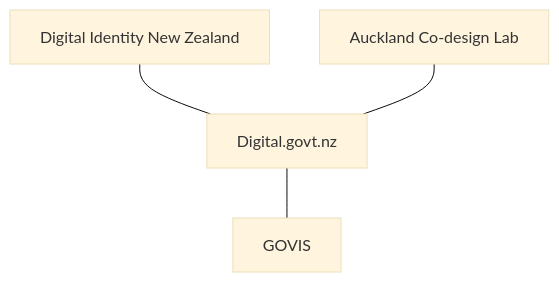
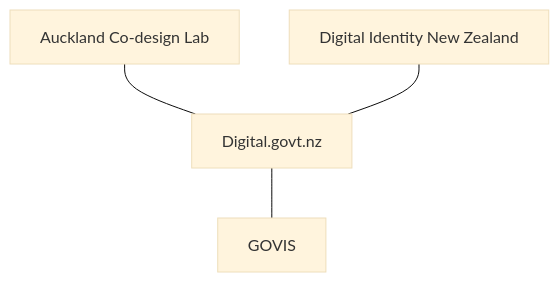
The seventh of 21 diagrams in GUIDE.md (olitreadwell/nz-tech-for-good), drawn with Mermaid (base theme) before and after one commit. The commit also changed other lines of this file and 1 other file, not shown here.

````diff
--- a/GUIDE.md
+++ b/GUIDE.md
@@ -190,10 +190,10 @@
 ```mermaid
 flowchart TD
     n_AucklandCodesignLab["Auckland Co-design Lab"]
     n_DigitalIdentityNewZealan["Digital Identity New Zealand"]
     n_Digitalgovtnz["Digital.govt.nz"]
     n_GOVIS["GOVIS"]
+    n_AucklandCodesignLab --- n_Digitalgovtnz
     n_DigitalIdentityNewZealan --- n_Digitalgovtnz
-    n_AucklandCodesignLab --- n_Digitalgovtnz
     n_Digitalgovtnz --- n_GOVIS
 ```
````
